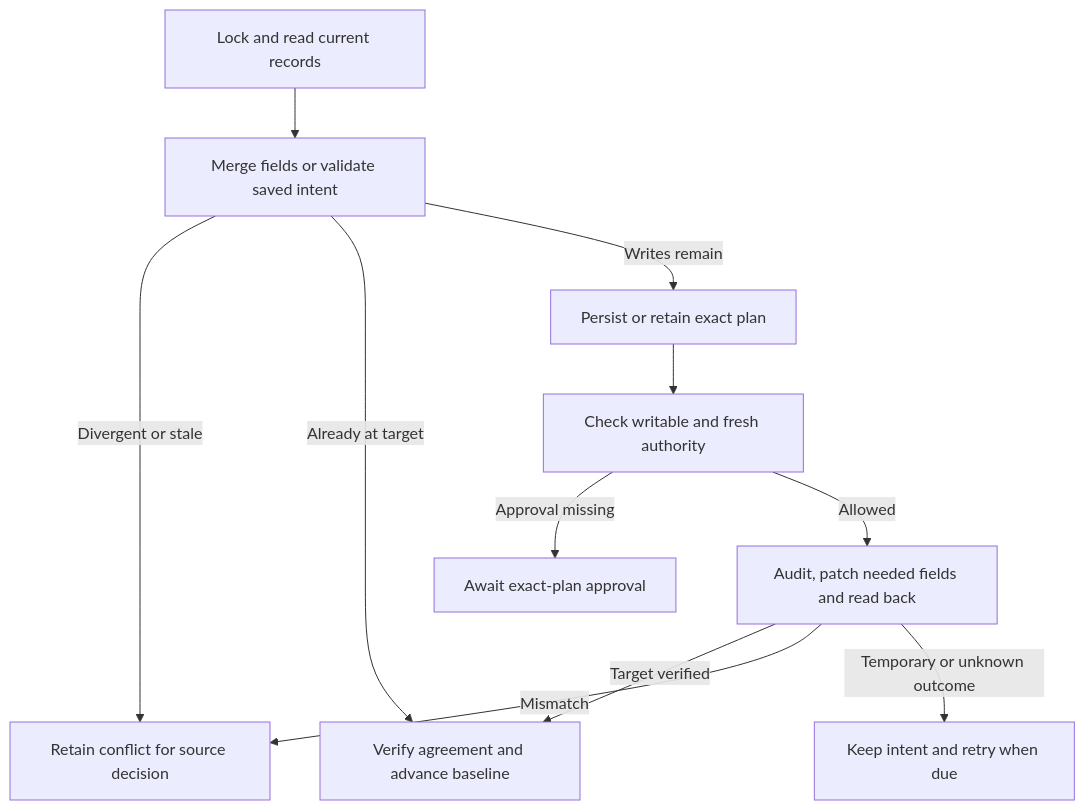
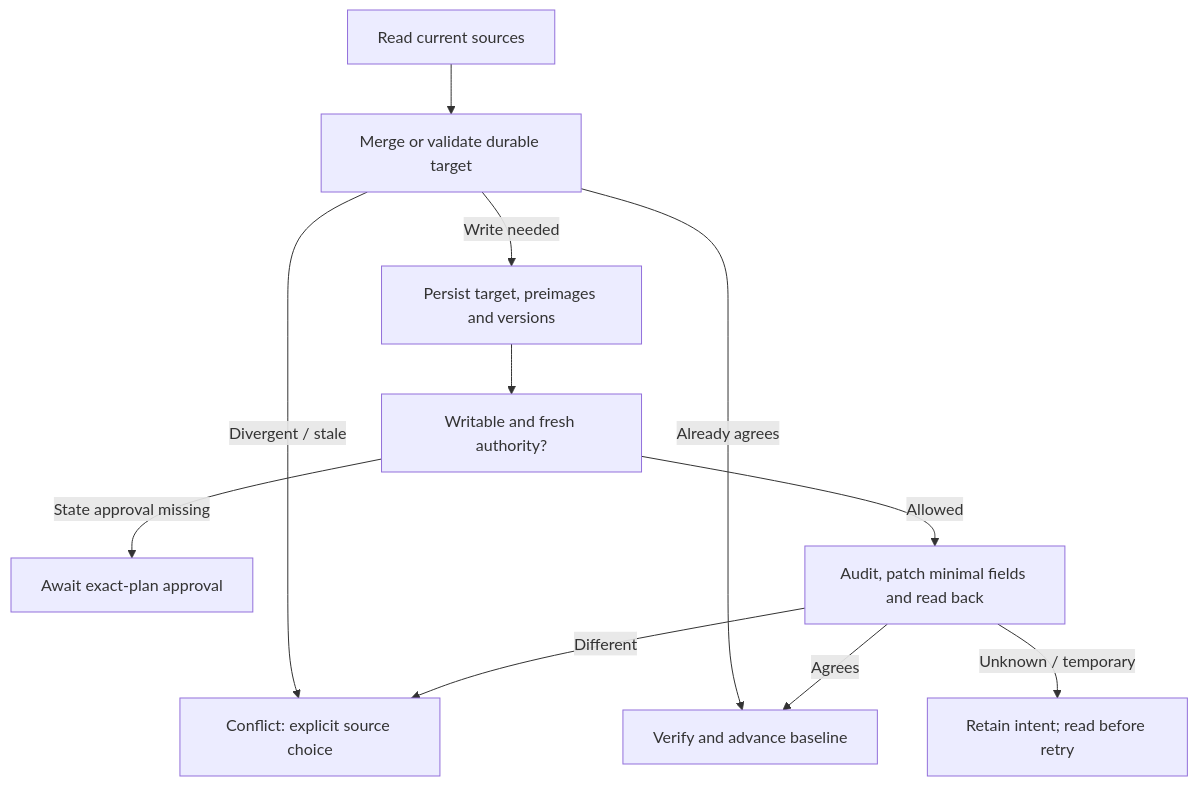
The second of 2 diagrams in docs/ARCHITECTURE.md (AlbertFlorescu/support-bridge), drawn with Mermaid before and after one commit. The commit also changed other lines of this file and 22 other files, not shown here.

```diff
--- a/docs/ARCHITECTURE.md
+++ b/docs/ARCHITECTURE.md
@@ -52,13 +43,13 @@
 ~~~mermaid
-flowchart TD
-    Read["Lock and read current records"] --> Target["Merge fields or validate saved intent"]
-    Target -->|"Divergent or stale"| Stop["Retain conflict for source decision"]
-    Target -->|"Already at target"| Complete["Verify agreement and advance baseline"]
-    Target -->|"Writes remain"| Intent["Persist or retain exact plan"]
-    Intent --> Gate["Check writable and fresh authority"]
-    Gate -->|"Approval missing"| Hold["Await exact-plan approval"]
-    Gate -->|"Allowed"| Write["Audit, patch needed fields and read back"]
-    Write -->|"Target verified"| Complete
-    Write -->|"Mismatch"| Stop
-    Write -->|"Temporary or unknown outcome"| Retry["Keep intent and retry when due"]
+flowchart TB
+    Read["Read current sources"] --> Decide["Merge or validate durable target"]
+    Decide -->|"Divergent / stale"| Conflict["Conflict: explicit source choice"]
+    Decide -->|"Already agrees"| Verify["Verify and advance baseline"]
+    Decide -->|"Write needed"| Persist["Persist target, preimages and versions"]
+    Persist --> Gate["Writable and fresh authority?"]
+    Gate -->|"State approval missing"| Review["Await exact-plan approval"]
+    Gate -->|"Allowed"| Write["Audit, patch minimal fields and read back"]
+    Write -->|"Agrees"| Verify
+    Write -->|"Unknown / temporary"| Retry["Retain intent; read before retry"]
+    Write -->|"Different"| Conflict
 ~~~
```
